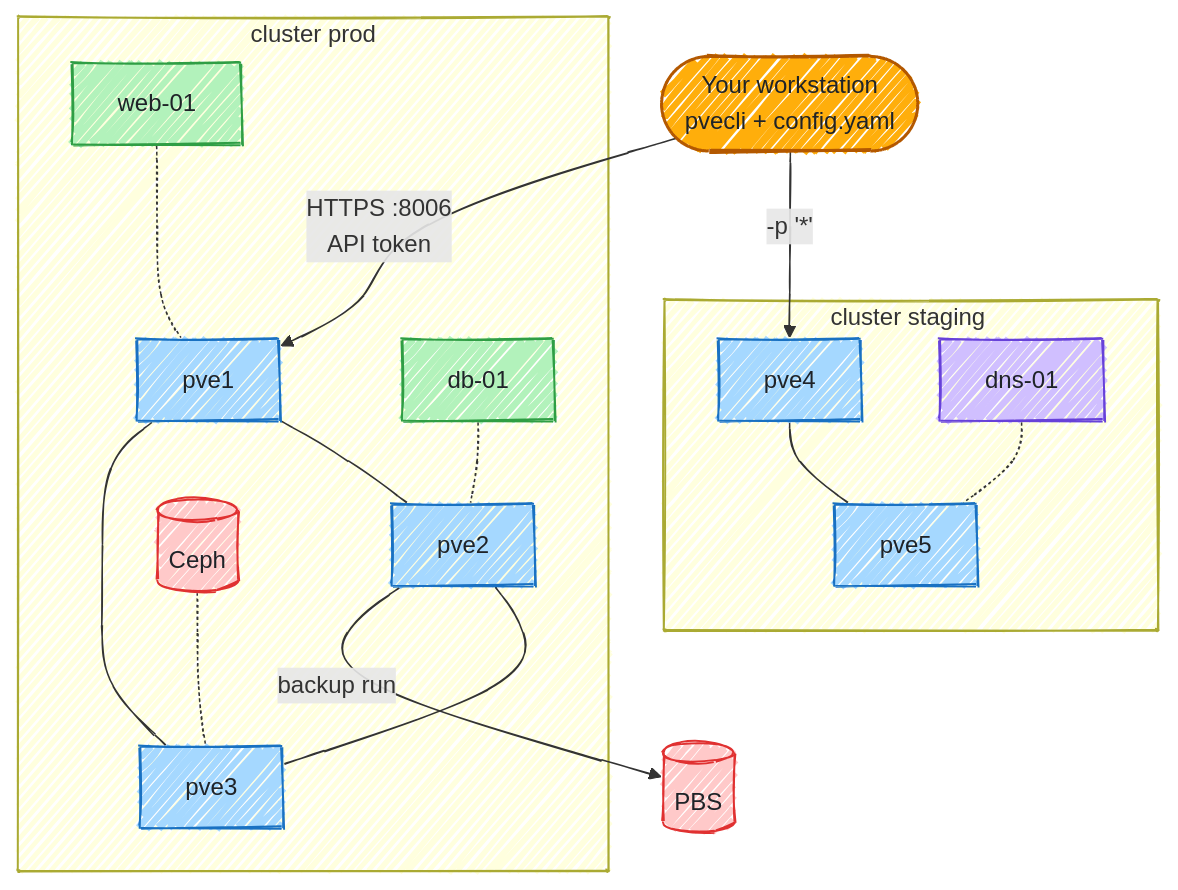
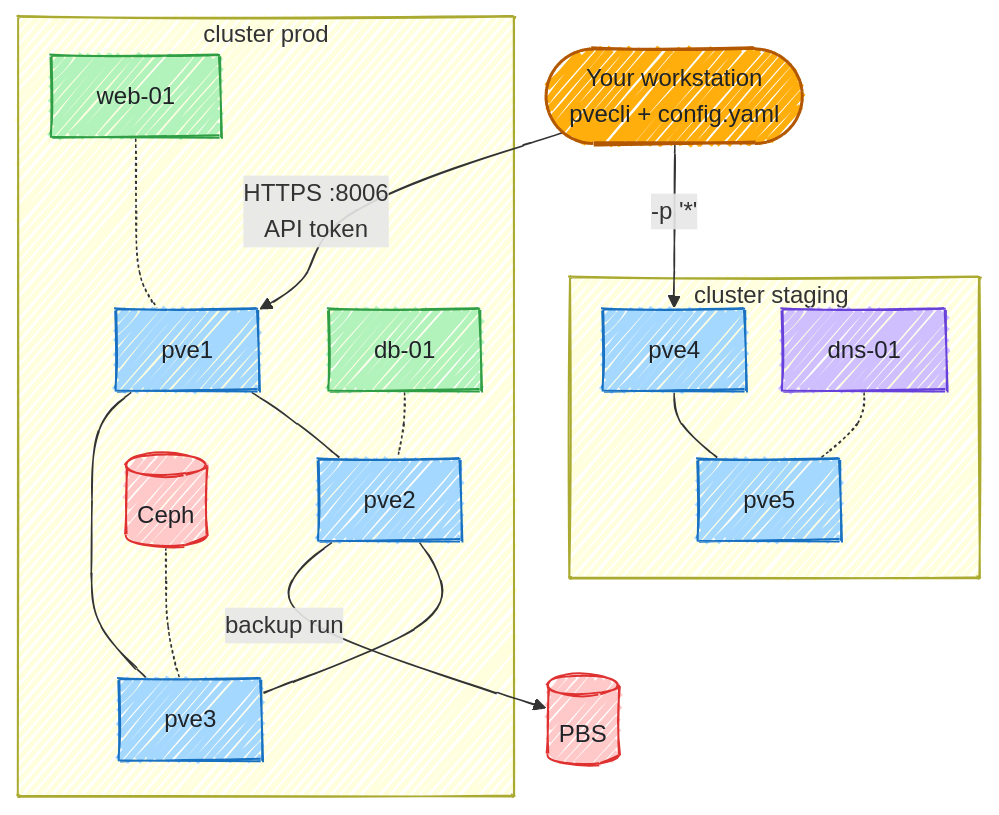
Before and after one commit to Helphyy/pvecli: the first of 4 diagrams in docs/sample.md, drawn with Mermaid. The commit also changed 19 other files, not shown here.

First line of the commit message:
Draw the diagrams at build time so they no longer pop in

````diff
--- a/docs/sample.md
+++ b/docs/sample.md
@@ -166,30 +166,32 @@
 ```mermaid
 ---
 config:
   look: handDrawn
   flowchart:
     curve: basis
+    nodeSpacing: 22
+    rankSpacing: 40
 ---
 flowchart TB
   you(["Your workstation<br/>pvecli + config.yaml"]):::pv
   you -- "HTTPS :8006<br/>API token" --> p1
   you -- "-p '*'" --> s1
   subgraph prod ["cluster prod"]
     p1["pve1"]:::host --- p2["pve2"]:::host --- p3["pve3"]:::host
     p1 --- p3
     vm1["web-01"]:::vm -.- p1
     vm2["db-01"]:::vm -.- p2
     ceph[("Ceph")]:::store -.- p3
   end
   subgraph staging ["cluster staging#nbsp;"]
     s1["pve4"]:::host --- s2["pve5"]:::host
     ct1["dns-01"]:::ct -.- s2
   end
   p2 -- "backup run" --> pbs[("PBS")]:::store
 
   classDef pv fill:#ffae0b,stroke:#b35800,color:#1f2328,stroke-width:2px
   classDef host fill:#a5d8ff,stroke:#1971c2,color:#1f2328
   classDef vm fill:#b2f2bb,stroke:#2f9e44,color:#1f2328
   classDef ct fill:#d0bfff,stroke:#6741d9,color:#1f2328
   classDef store fill:#ffc9c9,stroke:#e03131,color:#1f2328
 ```
````
